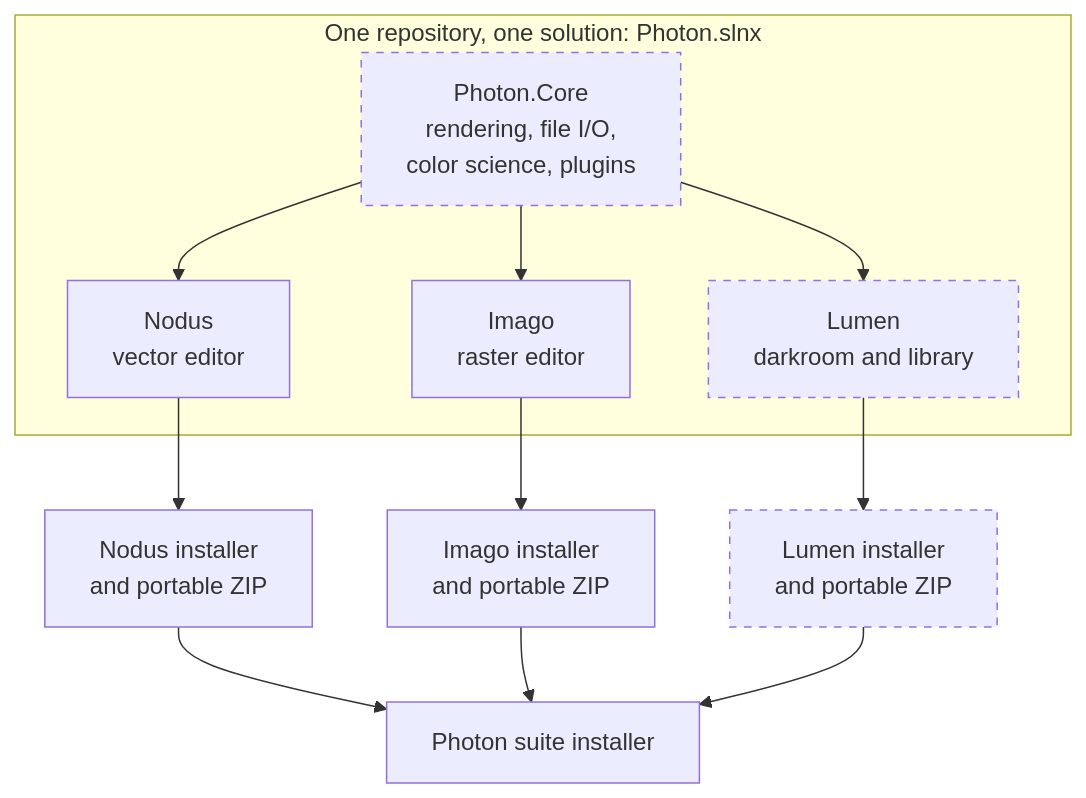
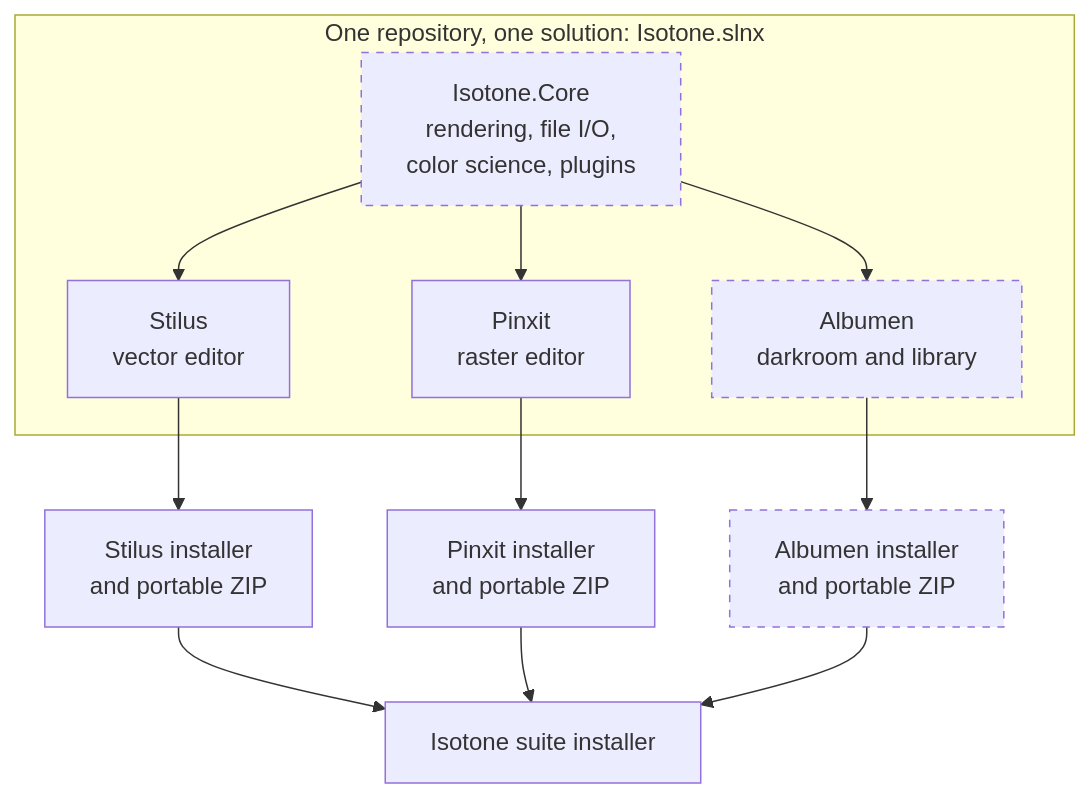
The diagram in README.md (rizonesoft/Isotone), drawn with Mermaid before and after one commit. The commit also changed other lines of this file and 766 other files, not shown here.

First line of the commit message:
brand: rename to Isotone Graphics Suite (Stilus, Pinxit, Albumen)

````diff
--- a/README.md
+++ b/README.md
@@ -147,21 +147,21 @@
 ```mermaid
 flowchart TB
-    subgraph repo["One repository, one solution: Photon.slnx"]
-        core["Photon.Core<br/>rendering, file I/O,<br/>color science, plugins"]
-        nodus["Nodus<br/>vector editor"]
-        imago["Imago<br/>raster editor"]
-        lumen["Lumen<br/>darkroom and library"]
-        core --> nodus
-        core --> imago
-        core --> lumen
+    subgraph repo["One repository, one solution: Isotone.slnx"]
+        core["Isotone.Core<br/>rendering, file I/O,<br/>color science, plugins"]
+        stilus["Stilus<br/>vector editor"]
+        pinxit["Pinxit<br/>raster editor"]
+        albumen["Albumen<br/>darkroom and library"]
+        core --> stilus
+        core --> pinxit
+        core --> albumen
     end
-    nodus --> nsetup["Nodus installer<br/>and portable ZIP"]
-    imago --> isetup["Imago installer<br/>and portable ZIP"]
-    lumen --> lsetup["Lumen installer<br/>and portable ZIP"]
-    nsetup --> suite["Photon suite installer"]
+    stilus --> nsetup["Stilus installer<br/>and portable ZIP"]
+    pinxit --> isetup["Pinxit installer<br/>and portable ZIP"]
+    albumen --> lsetup["Albumen installer<br/>and portable ZIP"]
+    nsetup --> suite["Isotone suite installer"]
     isetup --> suite
     lsetup --> suite
 
     classDef planned stroke-dasharray: 5 5
-    class core,lumen,lsetup planned
+    class core,albumen,lsetup planned
 ```
````
